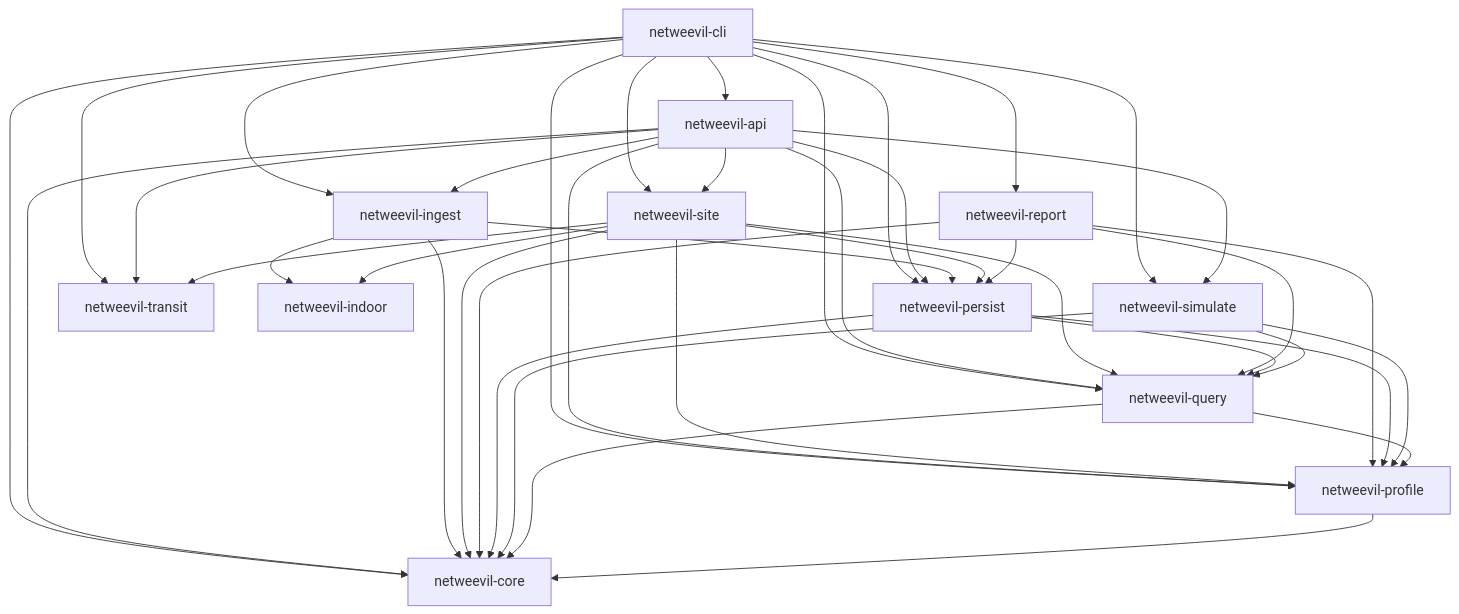
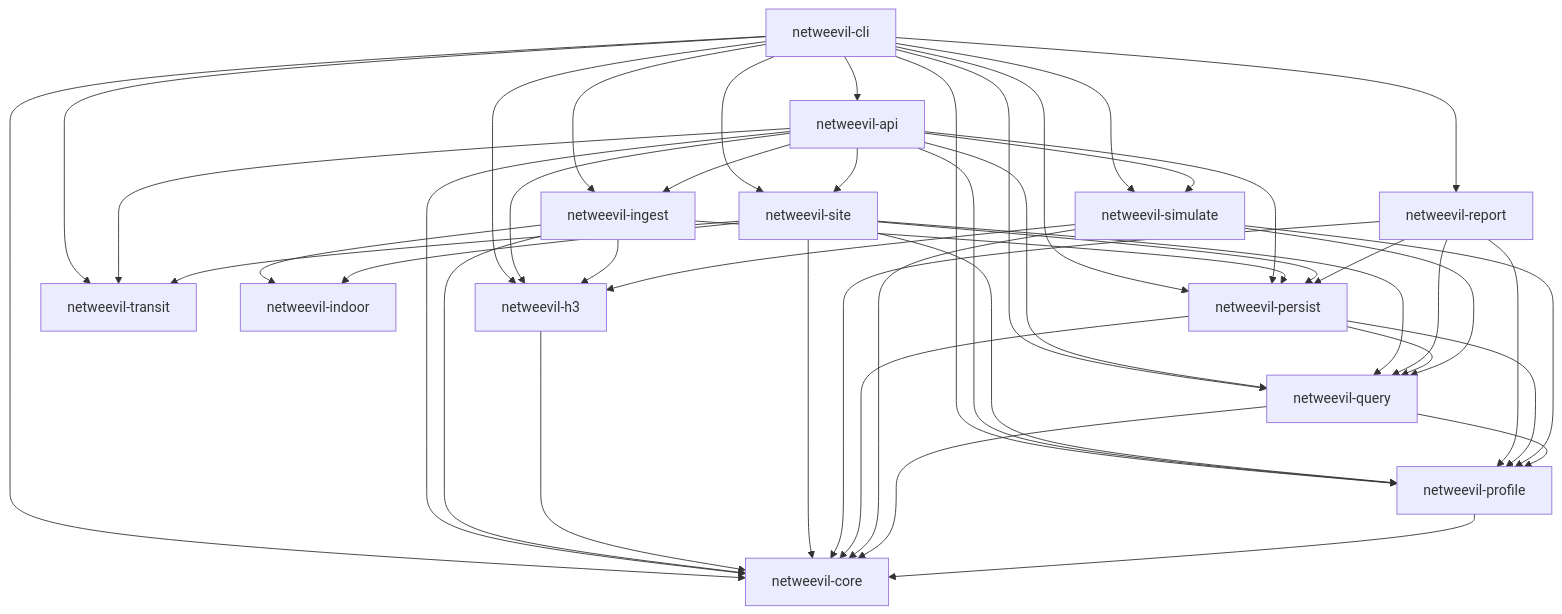
One commit to elqniemi/netweevil changed the first of 2 diagrams in docs/concepts/architecture.md. Above: the diagram before and after it, drawn with Mermaid. The commit also changed other lines of this file and 44 other files, not shown here.

````diff
--- a/docs/concepts/architecture.md
+++ b/docs/concepts/architecture.md
@@ -30,64 +31,71 @@
 ```mermaid
 graph TD
     cli[netweevil-cli]
     api[netweevil-api]
     ingest[netweevil-ingest]
     report[netweevil-report]
     simulate[netweevil-simulate]
     persist[netweevil-persist]
     query[netweevil-query]
     profile[netweevil-profile]
     transit[netweevil-transit]
     site[netweevil-site]
     indoor[netweevil-indoor]
+    h3[netweevil-h3]
     core[netweevil-core]
 
     cli --> api
+    cli --> h3
     cli --> ingest
     cli --> report
     cli --> simulate
     cli --> persist
     cli --> query
     cli --> profile
     cli --> transit
     cli --> site
     cli --> core
 
     api --> ingest
     api --> simulate
     api --> persist
     api --> query
     api --> profile
     api --> transit
     api --> site
+    api --> h3
     api --> core
 
     ingest --> persist
     ingest --> indoor
+    ingest --> h3
     ingest --> core
+
+    h3 --> core
 
     site --> persist
     site --> query
     site --> profile
     site --> transit
     site --> indoor
     site --> core
 
     report --> persist
     report --> query
     report --> profile
     report --> core
 
     persist --> query
     persist --> profile
     persist --> core
 
     simulate --> query
     simulate --> profile
+    simulate --> h3
     simulate --> core
 
     query --> profile
     query --> core
 
     profile --> core
 ```
````
